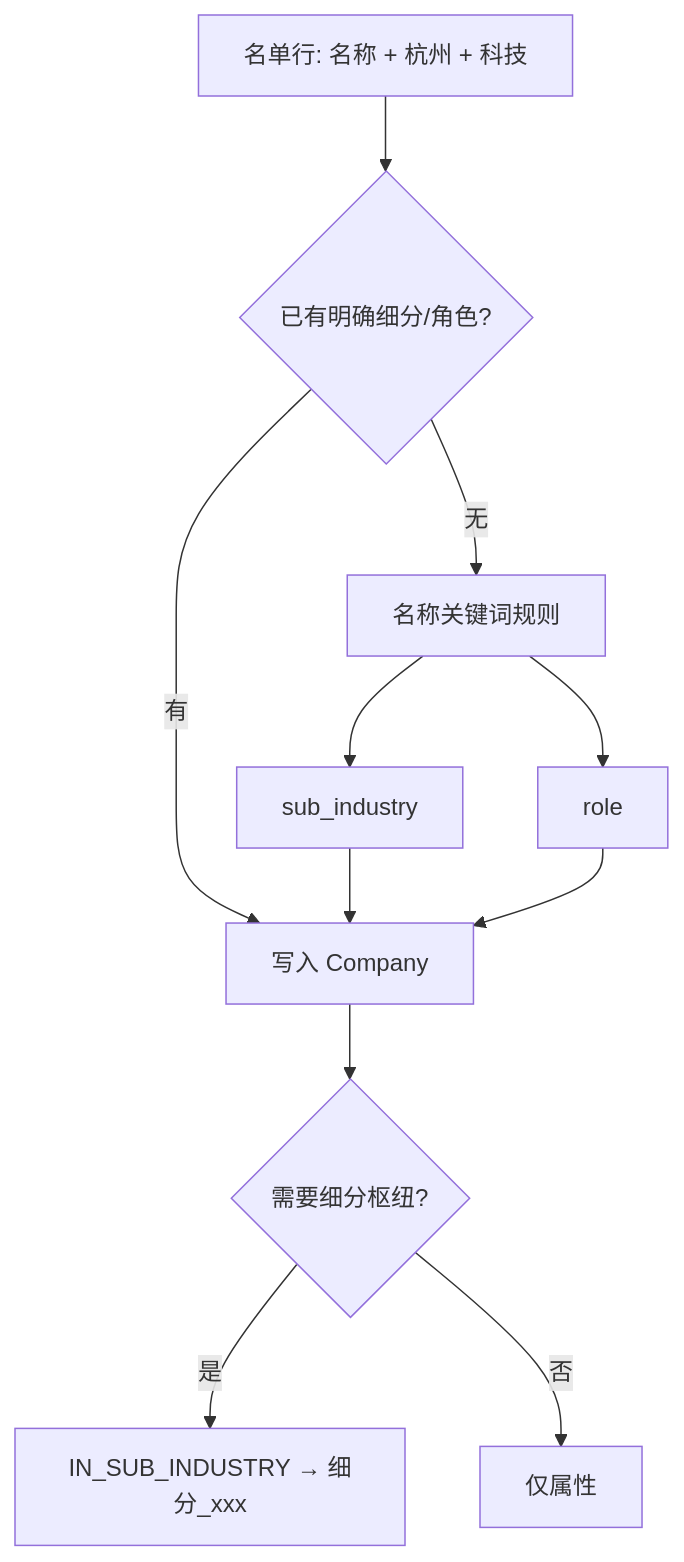
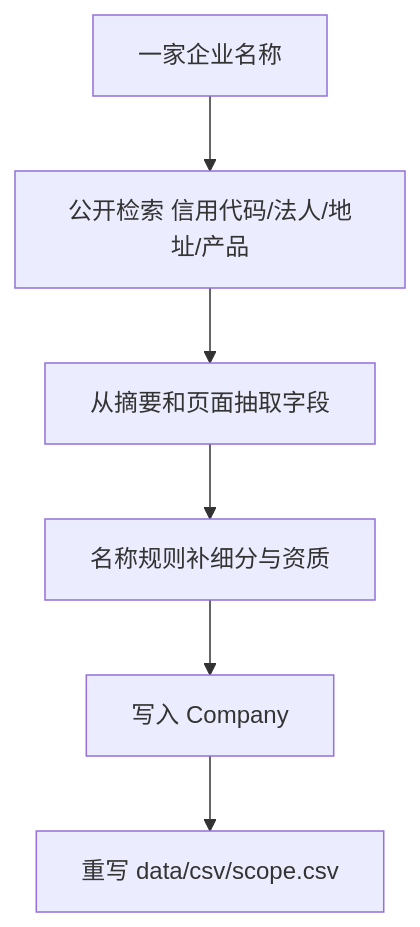
The fifth of 9 diagrams in docs/全流程.md (192tt/industry-graph-mcp), drawn with Mermaid before and after one commit. The commit also changed other lines of this file and 11 other files, not shown here.

Commit message:
Publish industry graph MCP 0.6.0 and student collaboration guide

````diff
--- a/docs/全流程.md
+++ b/docs/全流程.md
@@ -153,13 +165,8 @@
 ```mermaid
 flowchart TD
-  Row[名单行: 名称 + 杭州 + 科技] --> Keep{已有明确细分/角色?}
-  Keep -->|有| Node[写入 Company]
-  Keep -->|无| KW[名称关键词规则]
-  KW --> Sub[sub_industry]
-  KW --> Role[role]
-  Sub --> Node
-  Role --> Node
-  Node --> Hub{需要细分枢纽?}
-  Hub -->|是| Edge[IN_SUB_INDUSTRY → 细分_xxx]
-  Hub -->|否| Done[仅属性]
+  Name[一家企业名称] --> Search[公开检索 信用代码/法人/地址/产品]
+  Search --> Extract[从摘要和页面抽取字段]
+  Extract --> Rules[名称规则补细分与资质]
+  Rules --> Node[写入 Company]
+  Node --> CSV[重写 data/csv/scope.csv]
 ```
````
